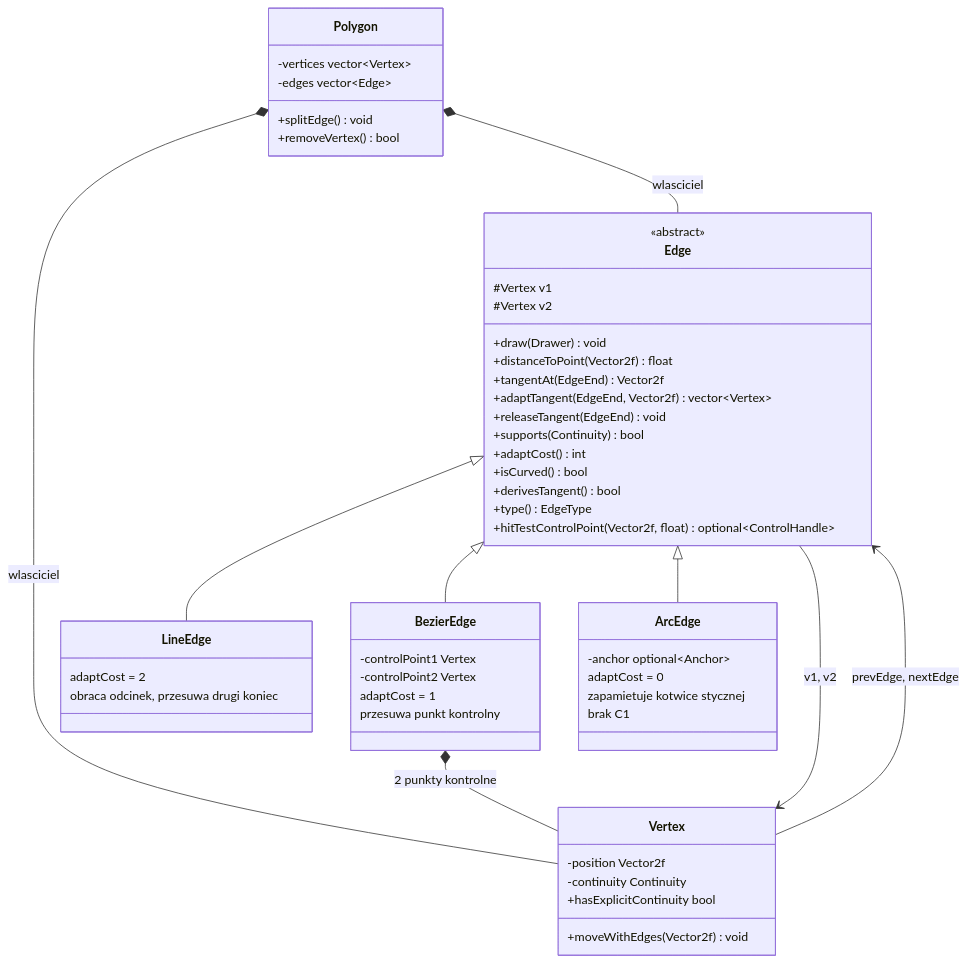
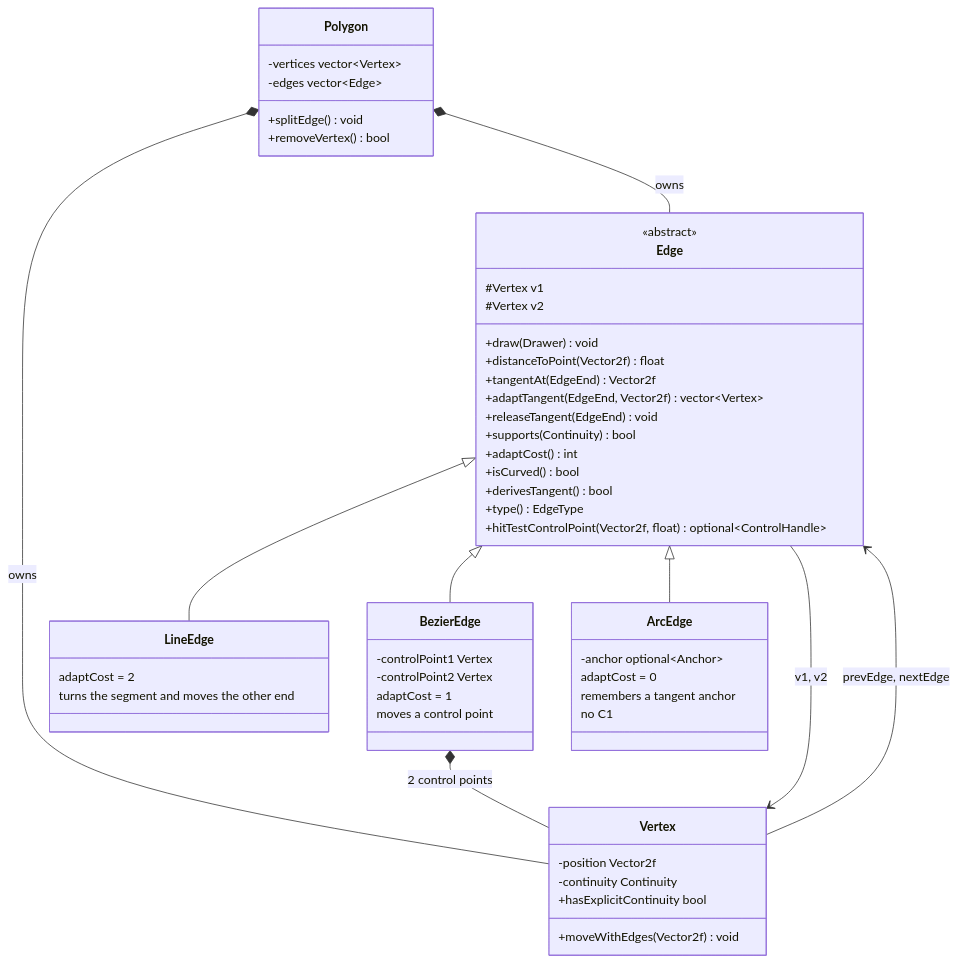
One commit to PatrickFongang/Polygon-Editor changed the first of 4 diagrams in README.md. Above: the diagram before and after it, drawn with Mermaid. The commit also changed other lines of this file, not shown here.

````diff
--- a/README.md
+++ b/README.md
@@ -78,57 +78,57 @@
 ```mermaid
 classDiagram
     direction TB
     class Edge {
         <<abstract>>
         #Vertex v1
         #Vertex v2
         +draw(Drawer) void
         +distanceToPoint(Vector2f) float
         +tangentAt(EdgeEnd) Vector2f
         +adaptTangent(EdgeEnd, Vector2f) vector~Vertex~
         +releaseTangent(EdgeEnd) void
         +supports(Continuity) bool
         +adaptCost() int
         +isCurved() bool
         +derivesTangent() bool
         +type() EdgeType
         +hitTestControlPoint(Vector2f, float) optional~ControlHandle~
     }
     class LineEdge {
         adaptCost = 2
-        obraca odcinek, przesuwa drugi koniec
+        turns the segment and moves the other end
     }
     class BezierEdge {
         -controlPoint1 Vertex
         -controlPoint2 Vertex
         adaptCost = 1
-        przesuwa punkt kontrolny
+        moves a control point
     }
     class ArcEdge {
         -anchor optional~Anchor~
         adaptCost = 0
-        zapamietuje kotwice stycznej
-        brak C1
+        remembers a tangent anchor
+        no C1
     }
     Edge <|-- LineEdge
     Edge <|-- BezierEdge
     Edge <|-- ArcEdge
 
     class Vertex {
         -position Vector2f
         -continuity Continuity
         +hasExplicitContinuity bool
         +moveWithEdges(Vector2f) void
     }
     class Polygon {
         -vertices vector~Vertex~
         -edges vector~Edge~
         +splitEdge() void
         +removeVertex() bool
     }
-    Polygon *-- Vertex : wlasciciel
-    Polygon *-- Edge : wlasciciel
+    Polygon *-- Vertex : owns
+    Polygon *-- Edge : owns
     Edge --> Vertex : v1, v2
     Vertex --> Edge : prevEdge, nextEdge
-    BezierEdge *-- Vertex : 2 punkty kontrolne
+    BezierEdge *-- Vertex : 2 control points
 ```
````
